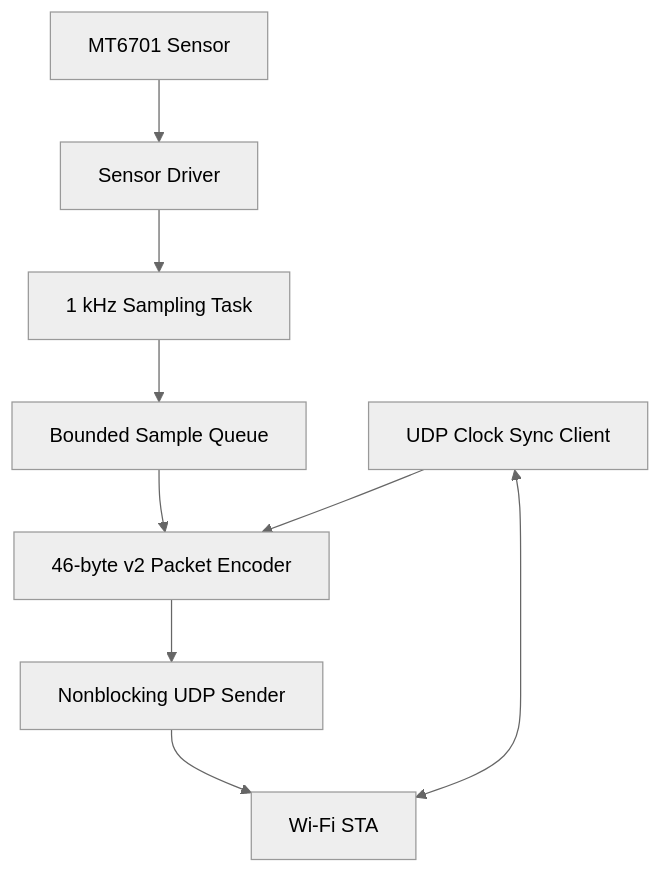
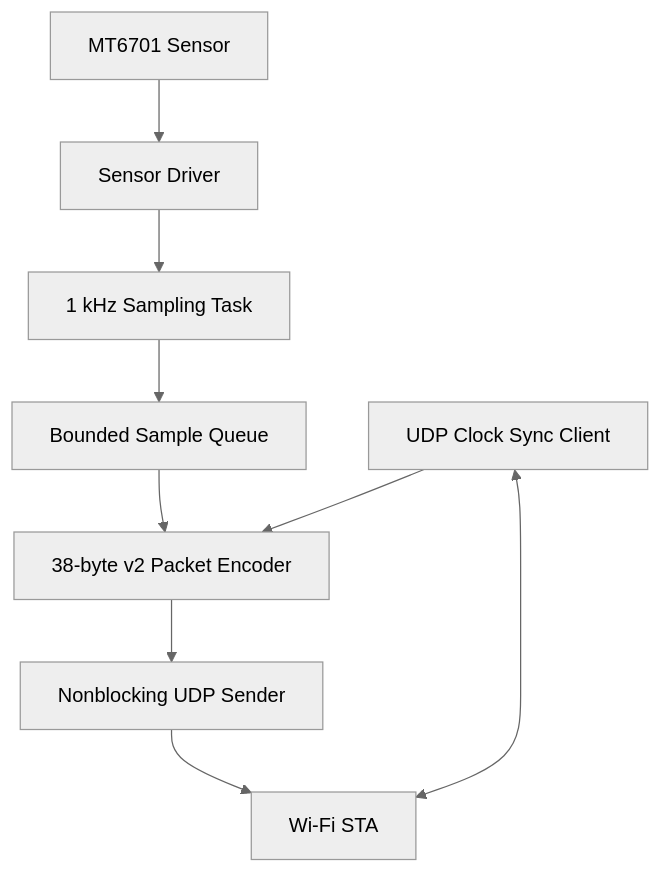
One commit to Neko-vecter/inverted-pendulum-sensor changed the second of 4 diagrams in docs/architecture.md. Above: the diagram before and after it, drawn with Mermaid (neutral theme). The commit also changed other lines of this file and 9 other files, not shown here.

````diff
--- a/docs/architecture.md
+++ b/docs/architecture.md
@@ -52,20 +52,20 @@
 ```mermaid
 flowchart TD
     Sensor["MT6701 Sensor"]
     Driver["Sensor Driver"]
     Sampler["1 kHz Sampling Task"]
     Queue["Bounded Sample Queue"]
-    Encoder["46-byte v2 Packet Encoder"]
+    Encoder["38-byte v2 Packet Encoder"]
     Sender["Nonblocking UDP Sender"]
     Sync["UDP Clock Sync Client"]
     WiFi["Wi-Fi STA"]
 
     Sensor --> Driver
     Driver --> Sampler
     Sampler --> Queue
     Queue --> Encoder
     Encoder --> Sender
     Sender --> WiFi
     Sync <--> WiFi
     Sync --> Encoder
 ```
````
